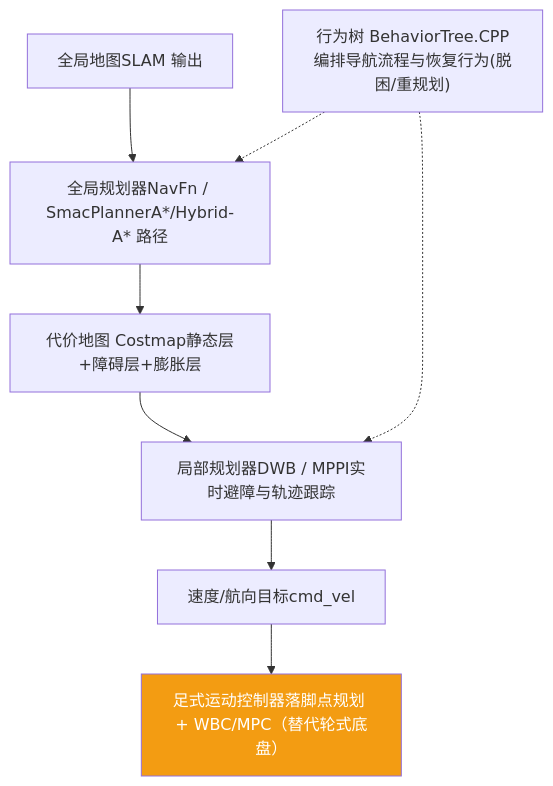
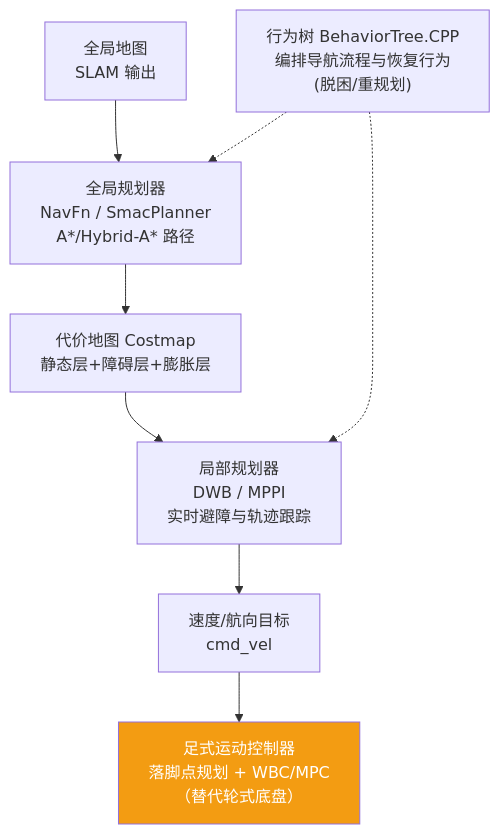
One commit to ranpin/edge-ai-docs changed the sixth of 6 diagrams in robot/general/deployment.md. Above: the diagram before and after it, drawn with Mermaid. The commit also changed other lines of this file and 4 other files, not shown here.

````diff
--- a/robot/general/deployment.md
+++ b/robot/general/deployment.md
@@ -304,12 +384,12 @@
 ```mermaid
 graph TB
-    MAP["全局地图SLAM 输出"] --> GP["全局规划器NavFn / SmacPlannerA*/Hybrid-A* 路径"]
-    GP --> CM["代价地图 Costmap静态层+障碍层+膨胀层"]
-    CM --> LP["局部规划器DWB / MPPI实时避障与轨迹跟踪"]
-    LP --> CMD["速度/航向目标cmd_vel"]
-    CMD --> LOCO["足式运动控制器落脚点规划 + WBC/MPC（替代轮式底盘）"]
-    BT["行为树 BehaviorTree.CPP编排导航流程与恢复行为(脱困/重规划)"] -.-> GP
+    MAP["全局地图<br/>SLAM 输出"] --> GP["全局规划器<br/>NavFn / SmacPlanner<br/>A*/Hybrid-A* 路径"]
+    GP --> CM["代价地图 Costmap<br/>静态层+障碍层+膨胀层"]
+    CM --> LP["局部规划器<br/>DWB / MPPI<br/>实时避障与轨迹跟踪"]
+    LP --> CMD["速度/航向目标<br/>cmd_vel"]
+    CMD --> LOCO["足式运动控制器<br/>落脚点规划 + WBC/MPC<br/>（替代轮式底盘）"]
+    BT["行为树 BehaviorTree.CPP<br/>编排导航流程与恢复行为<br/>(脱困/重规划)"] -.-> GP
     BT -.-> LP
 
     style LOCO fill:#f39c12,color:#fff
 ```
````
